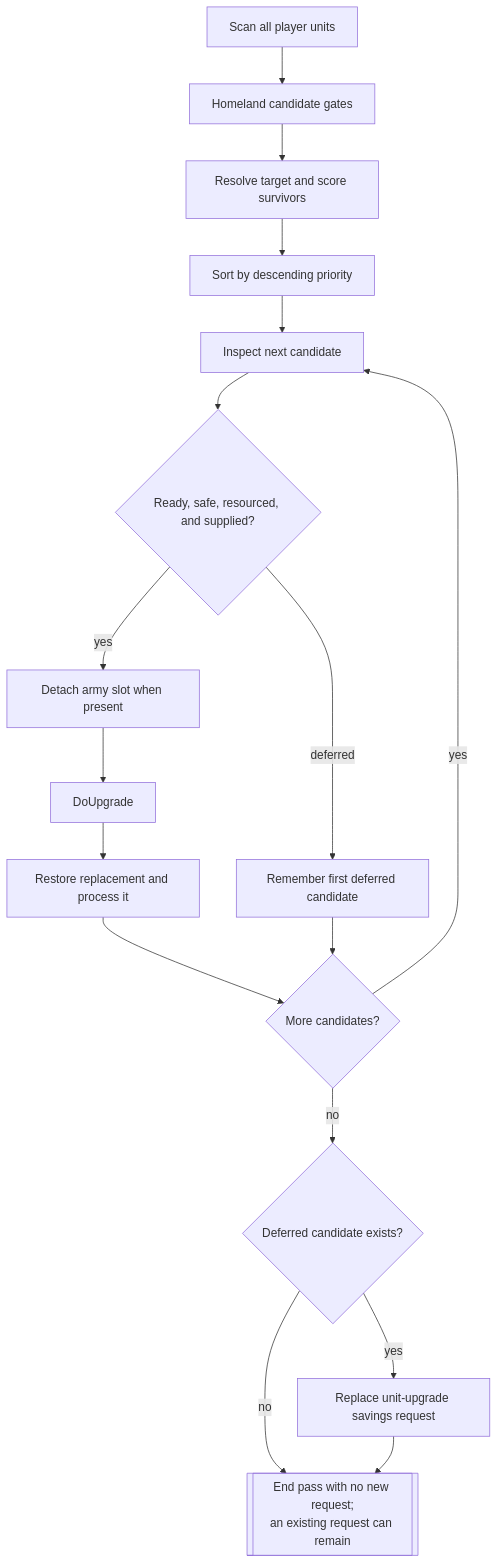
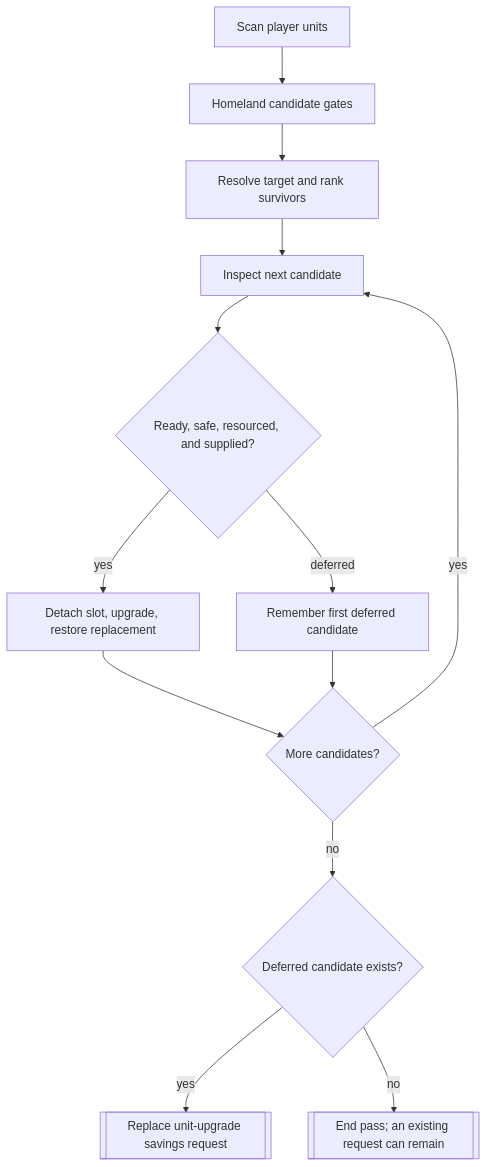
Before and after one commit to vox-deorum/vox-deorum: the first of 2 diagrams in docs/developers/civ5-dll/unit-ai/upgrade.md, drawn with Mermaid. The commit also changed other lines of this file and 14 other files, not shown here.

````diff
--- a/docs/developers/civ5-dll/unit-ai/upgrade.md
+++ b/docs/developers/civ5-dll/unit-ai/upgrade.md
@@ -11,19 +13,15 @@
 ```mermaid
 flowchart TD
-    S[Scan all player units] --> G[Homeland candidate gates]
-    G --> R[Resolve target and score survivors]
-    R --> O[Sort by descending priority]
-    O --> A[Inspect next candidate]
+    S[Scan player units] --> G[Homeland candidate gates]
+    G --> R[Resolve target and rank survivors]
+    R --> A[Inspect next candidate]
     A --> C{Ready, safe, resourced, and supplied?}
-    C -->|yes| H[Detach army slot when present]
-    H --> U[DoUpgrade]
-    U --> P[Restore replacement and process it]
+    C -->|yes| U[Detach slot, upgrade, restore replacement]
     C -->|deferred| F[Remember first deferred candidate]
-    P --> M{More candidates?}
+    U --> M{More candidates?}
     F --> M
     M -->|yes| A
     M -->|no| Q{Deferred candidate exists?}
-    Q -->|yes| W[Replace unit-upgrade savings request]
-    Q -->|no| E[[End pass with no new request;<br/>an existing request can remain]]
-    W --> E
+    Q -->|yes| W[[Replace unit-upgrade savings request]]
+    Q -->|no| E[[End pass; an existing request can remain]]
 ```
````
